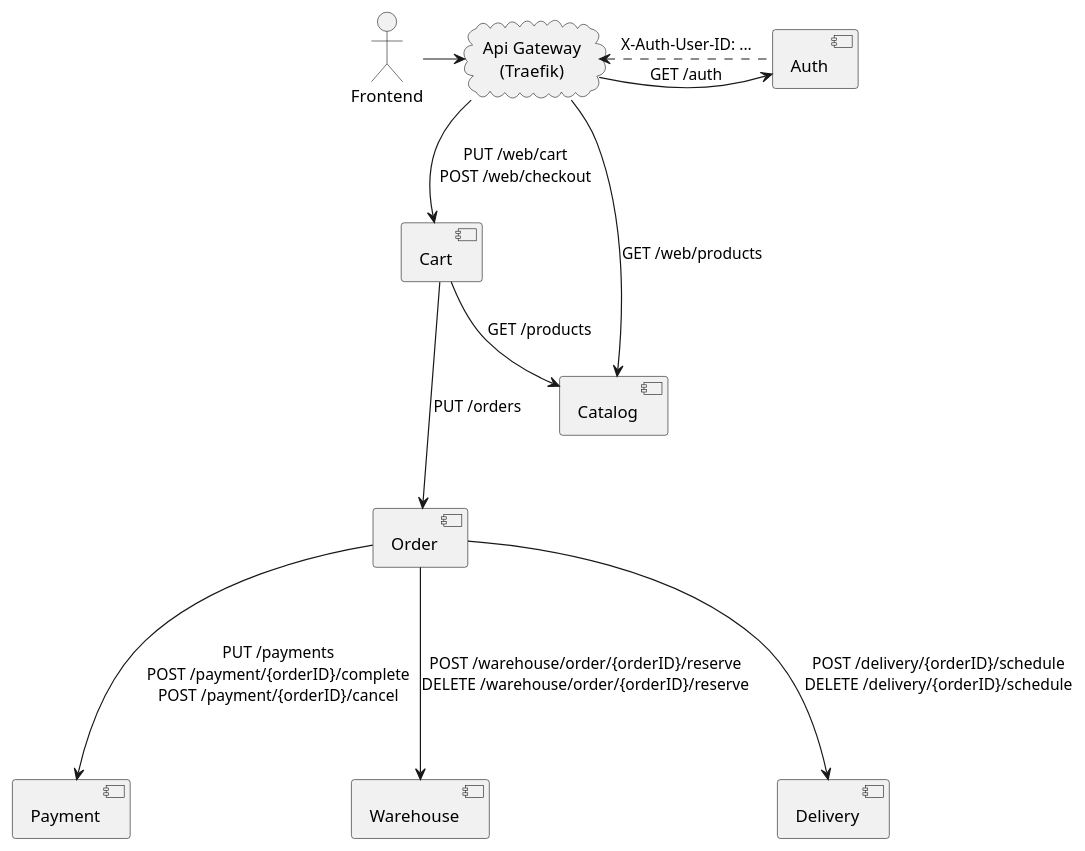
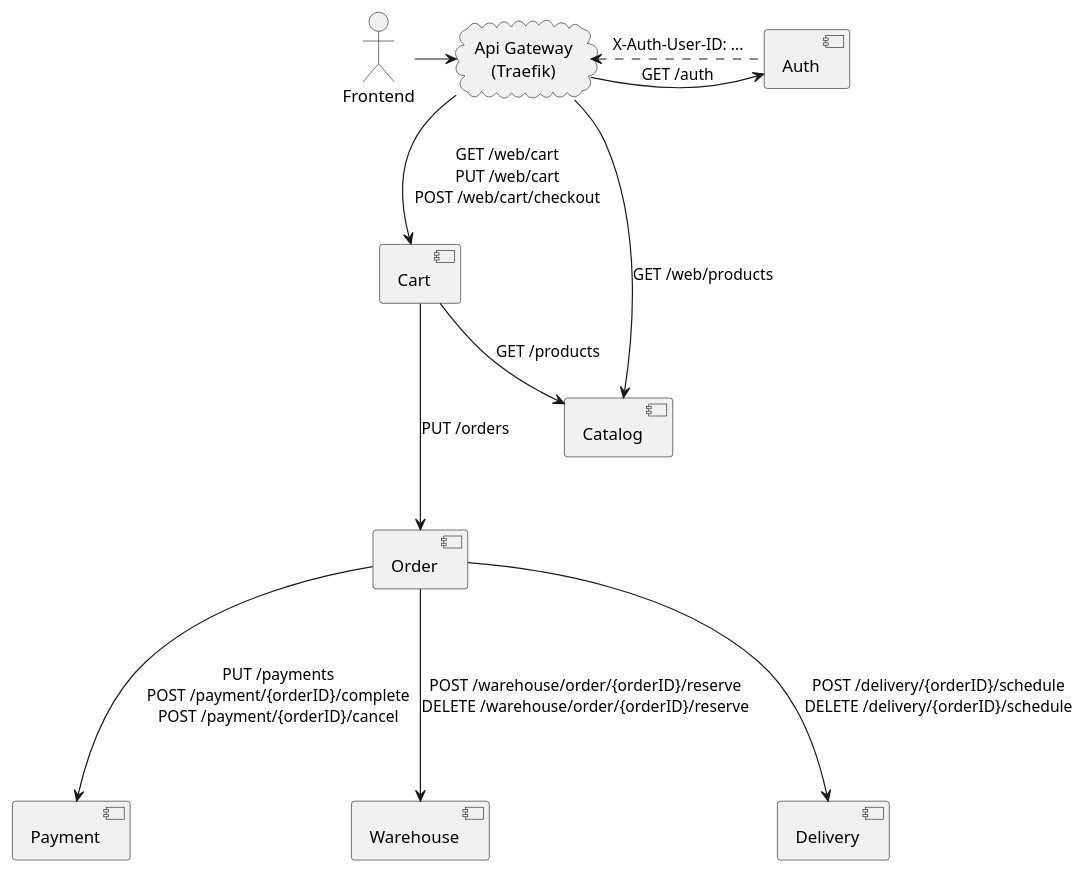
The diagram in docs/services.puml (klwxsrx/arch-course-project), drawn with PlantUML before and after one commit. The commit also changed 27 other files, not shown here.

```diff
--- a/docs/services.puml
+++ b/docs/services.puml
@@ -1,46 +1,46 @@
 @startuml
 skinparam defaultTextAlignment center
 
 actor User [
     Frontend
 ]
 
 cloud APIGateway [
     Api Gateway
     (Traefik)
 ]
 
 component Auth
 
 component Cart
 
 component Order
 
 component Catalog
 
 component Payment
 
 component Warehouse
 
 component Delivery
 
 User -right-> APIGateway
 
 APIGateway -right-> Auth: GET /auth
 APIGateway <.right. Auth: X-Auth-User-ID: ...
 
 APIGateway --> Catalog: GET /web/products
 
-APIGateway --> Cart: PUT /web/cart\nPOST /web/checkout
+APIGateway --> Cart: GET /web/cart\nPUT /web/cart\nPOST /web/cart/checkout
 
 Cart --> Catalog: GET /products
 
 Cart ---> Order: PUT /orders
 
 Order ---> Payment: PUT /payments\nPOST /payment/{orderID}/complete\nPOST /payment/{orderID}/cancel
 
 Order ---> Warehouse: POST /warehouse/order/{orderID}/reserve\nDELETE /warehouse/order/{orderID}/reserve
 
 Order --->  Delivery: POST /delivery/{orderID}/schedule\nDELETE /delivery/{orderID}/schedule
 
 @enduml
```
